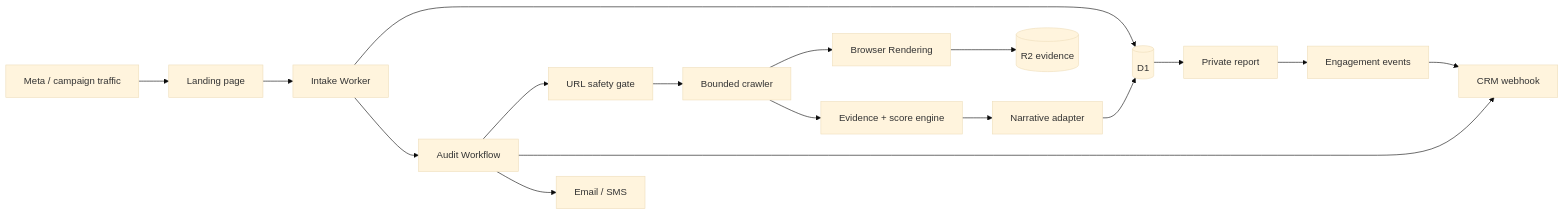
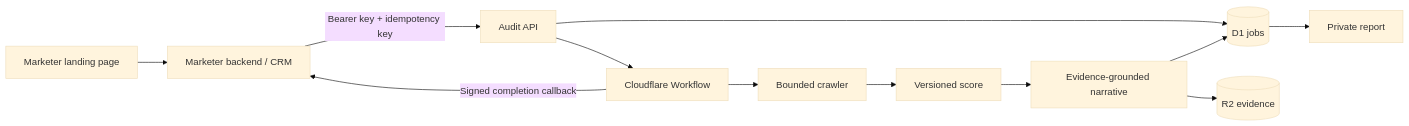
The diagram in ARCHITECTURE.md (Jameswantk/DataDoodleAds), drawn with Mermaid (base theme) before and after one commit. The commit also changed other lines of this file and 41 other files, not shown here.

````diff
--- a/ARCHITECTURE.md
+++ b/ARCHITECTURE.md
@@ -11,19 +8,14 @@
 ```mermaid
 flowchart LR
-    AD[Meta / campaign traffic] --> LP[Landing page]
-    LP --> API[Intake Worker]
-    API --> D1[(D1)]
-    API --> WF[Audit Workflow]
-    WF --> SAFE[URL safety gate]
-    SAFE --> CRAWL[Bounded crawler]
-    CRAWL --> BR[Browser Rendering]
-    CRAWL --> RULES[Evidence + score engine]
-    BR --> R2[(R2 evidence)]
-    RULES --> MODEL[Narrative adapter]
-    MODEL --> D1
-    D1 --> REPORT[Private report]
-    REPORT --> EVENTS[Engagement events]
-    WF --> CRM[CRM webhook]
-    WF --> MSG[Email / SMS]
-    EVENTS --> CRM
+  LP["Marketer landing page"] --> CRM["Marketer backend / CRM"]
+  CRM -->|"Bearer key + idempotency key"| API["Audit API"]
+  API --> D1[("D1 jobs")]
+  API --> WF["Cloudflare Workflow"]
+  WF --> CRAWL["Bounded crawler"]
+  CRAWL --> RULES["Versioned score"]
+  RULES --> AI["Evidence-grounded narrative"]
+  AI --> R2[("R2 evidence")]
+  AI --> D1
+  D1 --> REPORT["Private report"]
+  WF -->|"Signed completion callback"| CRM
 ```
````
